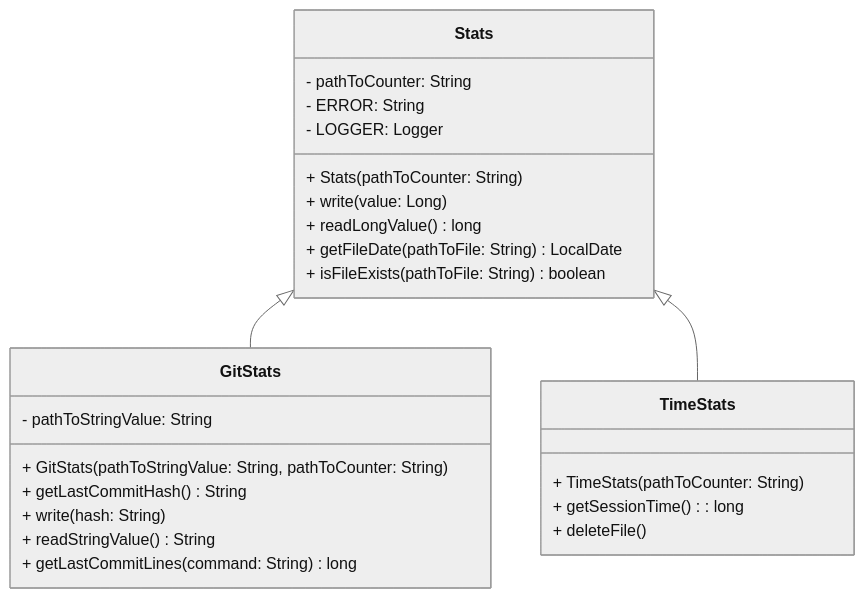
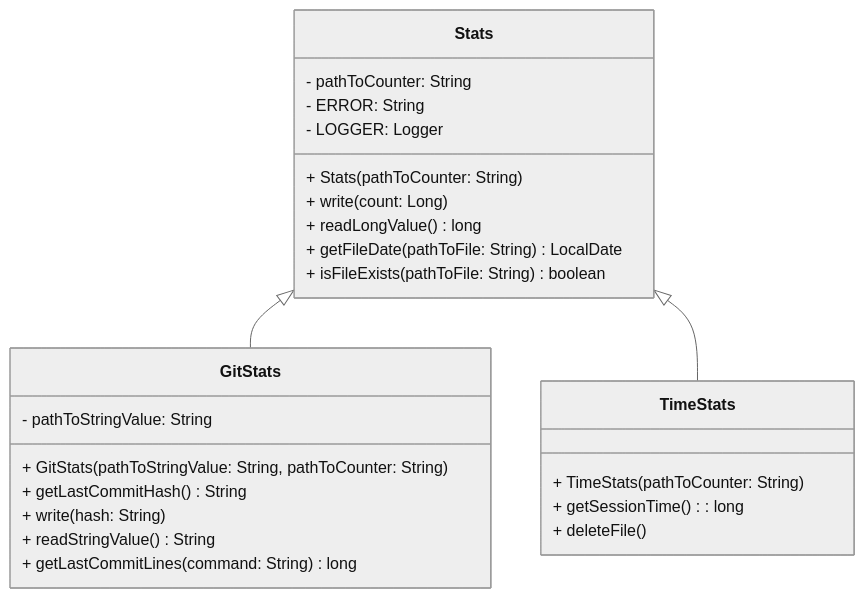
Before and after one commit to AlexandrAnatoliev/jvim-plugins: the first of 4 diagrams in vimstat/README.md, drawn with Mermaid (neutral theme). The commit also changed other lines of this file and 3 other files, not shown here.

First line of the commit message:
refactor(vimstat): rename value into count

````diff
--- a/vimstat/README.md
+++ b/vimstat/README.md
@@ -142,32 +142,32 @@
 ```mermaid
 classDiagram
 
   class Stats {
     - pathToCounter: String 
     - ERROR: String 
     - LOGGER: Logger
     + Stats(pathToCounter: String)
-    + write(value: Long )
+    + write(count: Long )
     + readLongValue() long 
     + getFileDate(pathToFile: String) LocalDate
     + isFileExists(pathToFile: String) boolean 
   }
 
   class GitStats {
     - pathToStringValue: String 
     + GitStats(pathToStringValue: String, pathToCounter: String)
     + getLastCommitHash() String 
     + write(hash: String) 
     + readStringValue() String
     + getLastCommitLines(command: String) long
   }
 
   class TimeStats {
     + TimeStats(pathToCounter: String)
     + getSessionTime(): long 
     + deleteFile() 
   }
 
   Stats <|-- GitStats
   Stats <|-- TimeStats
 ```
````
